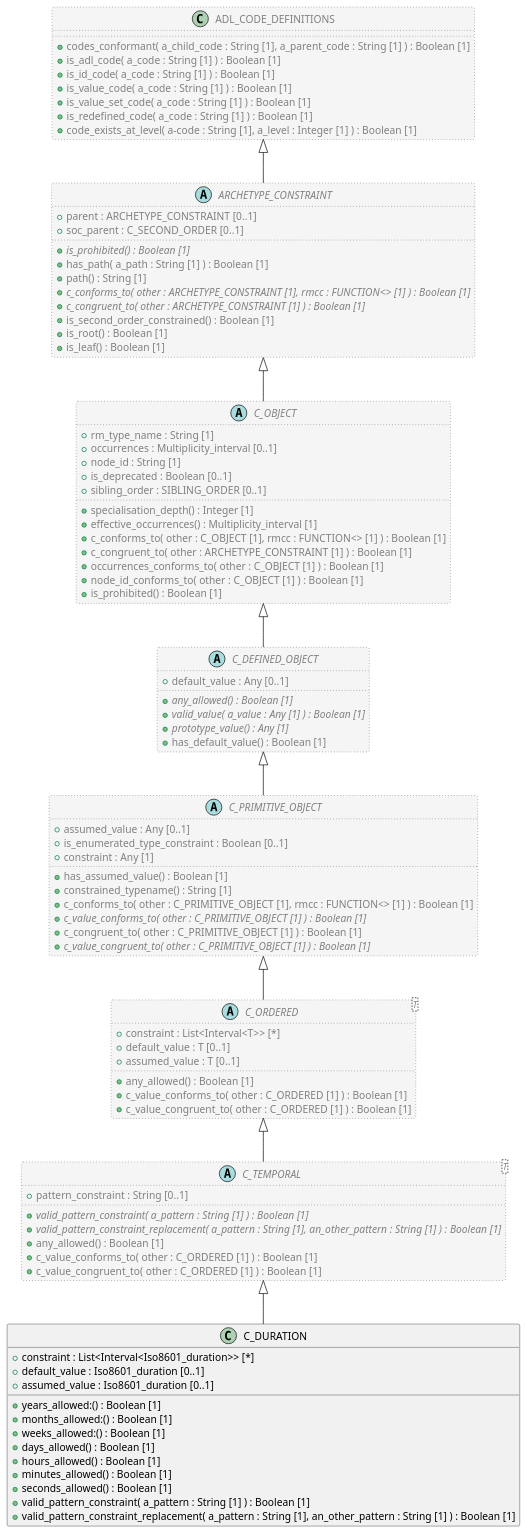
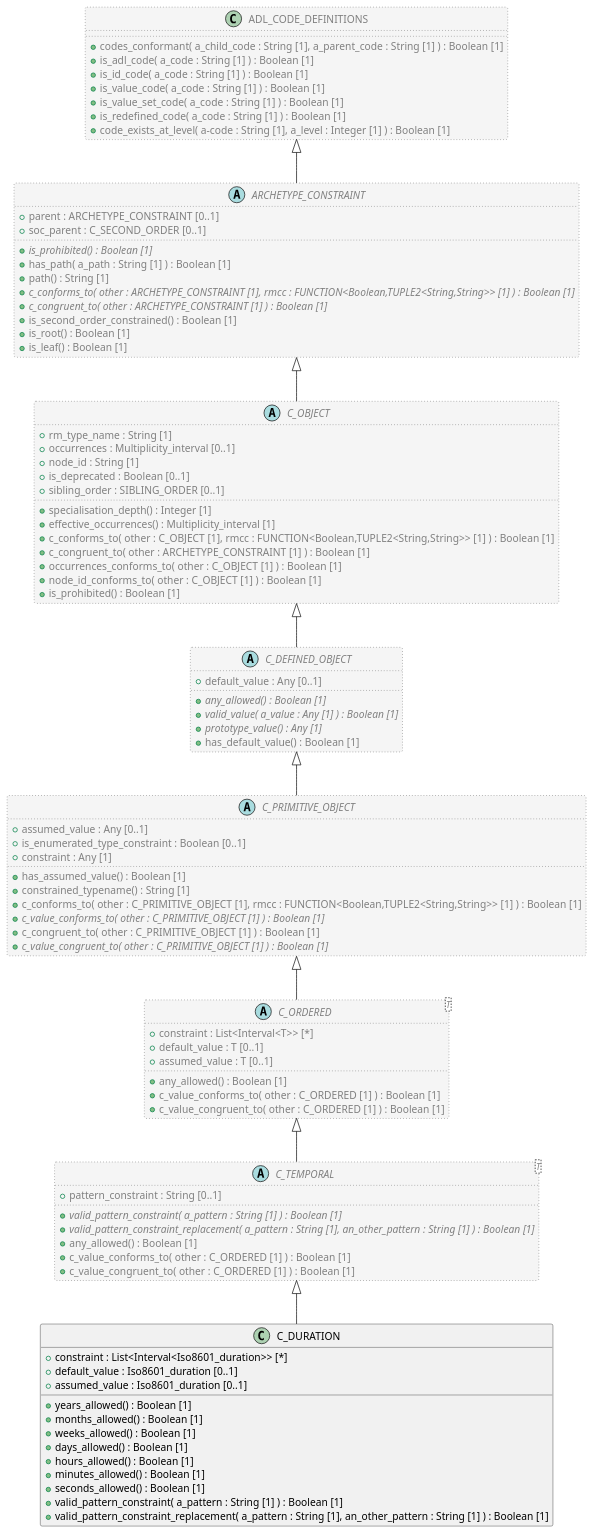
The diagram in code/Adoc/openehr_am_2.3.0/plantUML/classes/aom2.c_duration.adoc (sebastian-iancu/code-generator), drawn with PlantUML before and after one commit. The commit also changed 299 other files, not shown here.

```diff
--- a/code/Adoc/openehr_am_2.3.0/plantUML/classes/aom2.c_duration.adoc
+++ b/code/Adoc/openehr_am_2.3.0/plantUML/classes/aom2.c_duration.adoc
@@ -6,9 +6,9 @@
   + constraint : List<Interval<Iso8601_duration>> [*]
   + default_value : Iso8601_duration [0..1]
   + assumed_value : Iso8601_duration [0..1]
-  + years_allowed:() : Boolean [1]
-  + months_allowed:() : Boolean [1]
-  + weeks_allowed:() : Boolean [1]
+  + years_allowed() : Boolean [1]
+  + months_allowed() : Boolean [1]
+  + weeks_allowed() : Boolean [1]
   + days_allowed() : Boolean [1]
   + hours_allowed() : Boolean [1]
   + minutes_allowed() : Boolean [1]
@@ -41,7 +41,7 @@
   + constraint : Any [1]
   + has_assumed_value() : Boolean [1]
   + constrained_typename() : String [1]
-  + c_conforms_to( other : C_PRIMITIVE_OBJECT [1], rmcc : FUNCTION<> [1] ) : Boolean [1]
+  + c_conforms_to( other : C_PRIMITIVE_OBJECT [1], rmcc : FUNCTION<Boolean,TUPLE2<String,String>> [1] ) : Boolean [1]
   + {abstract} c_value_conforms_to( other : C_PRIMITIVE_OBJECT [1] ) : Boolean [1]
   + c_congruent_to( other : C_PRIMITIVE_OBJECT [1] ) : Boolean [1]
   + {abstract} c_value_congruent_to( other : C_PRIMITIVE_OBJECT [1] ) : Boolean [1]
@@ -63,7 +63,7 @@
   + sibling_order : SIBLING_ORDER [0..1]
   + specialisation_depth() : Integer [1]
   + effective_occurrences() : Multiplicity_interval [1]
-  + c_conforms_to( other : C_OBJECT [1], rmcc : FUNCTION<> [1] ) : Boolean [1]
+  + c_conforms_to( other : C_OBJECT [1], rmcc : FUNCTION<Boolean,TUPLE2<String,String>> [1] ) : Boolean [1]
   + c_congruent_to( other : ARCHETYPE_CONSTRAINT [1] ) : Boolean [1]
   + occurrences_conforms_to( other : C_OBJECT [1] ) : Boolean [1]
   + node_id_conforms_to( other : C_OBJECT [1] ) : Boolean [1]
@@ -76,7 +76,7 @@
   + {abstract} is_prohibited() : Boolean [1]
   + has_path( a_path : String [1] ) : Boolean [1]
   + path() : String [1]
-  + {abstract} c_conforms_to( other : ARCHETYPE_CONSTRAINT [1], rmcc : FUNCTION<> [1] ) : Boolean [1]
+  + {abstract} c_conforms_to( other : ARCHETYPE_CONSTRAINT [1], rmcc : FUNCTION<Boolean,TUPLE2<String,String>> [1] ) : Boolean [1]
   + {abstract} c_congruent_to( other : ARCHETYPE_CONSTRAINT [1] ) : Boolean [1]
   + is_second_order_constrained() : Boolean [1]
   + is_root() : Boolean [1]
```
